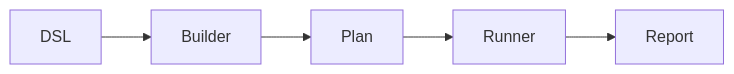
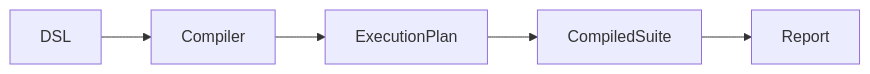
One commit to getsyntegrity/go-specs changed the seventh of 7 diagrams in docs/ARCHITECTURE.md. Above: the diagram before and after it, drawn with Mermaid. The commit also changed other lines of this file and 300 other files, not shown here.

````diff
--- a/docs/ARCHITECTURE.md
+++ b/docs/ARCHITECTURE.md
@@ -136,7 +150,7 @@
 ```mermaid
 flowchart LR
-    DSL --> Builder
-    Builder --> Plan
-    Plan --> Runner
-    Runner --> Report
+    DSL --> Compiler
+    Compiler --> Plan[ExecutionPlan]
+    Plan --> Suite[CompiledSuite]
+    Suite --> Report
 ```
````
